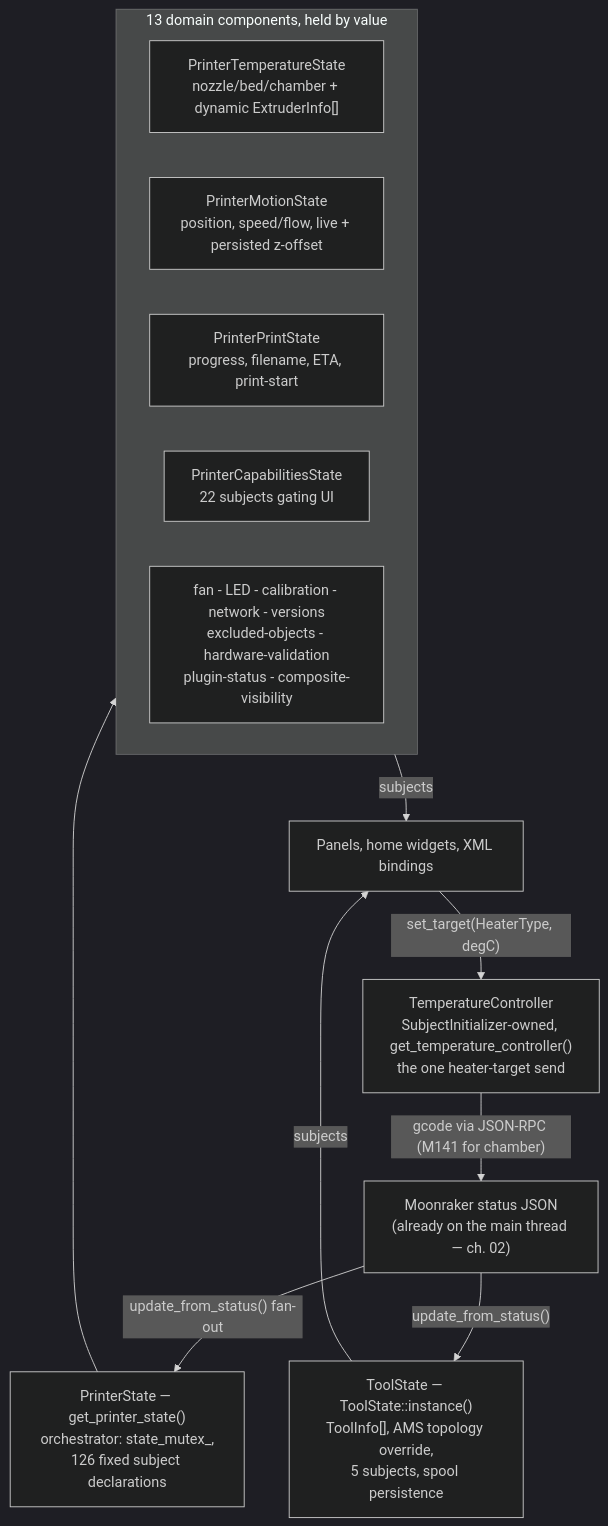
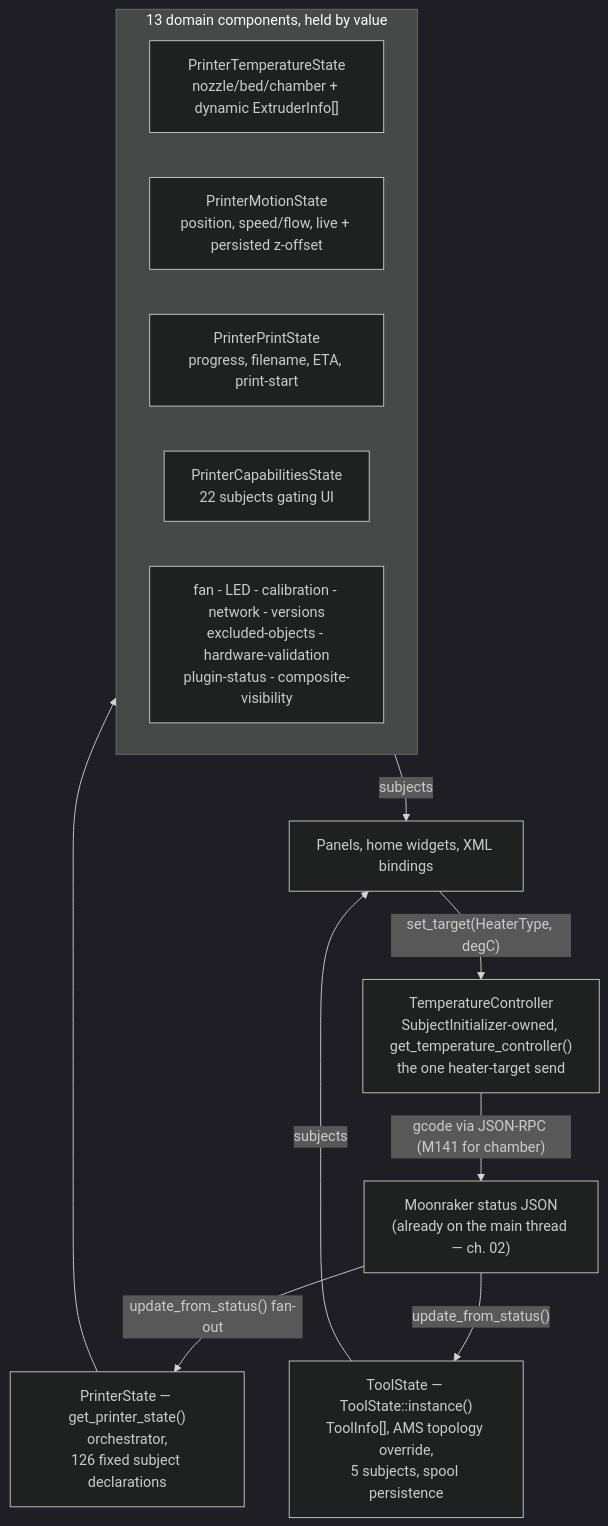
The diagram in docs/devel/architecture/05-printer-state.md (bluekiller/helixscreen), drawn with Mermaid (dark theme) before and after one commit. The commit also changed 8 other files, not shown here.

First line of the commit message:
fix(printer): drop state_mutex_ from the status fan-out

````diff
--- a/docs/devel/architecture/05-printer-state.md
+++ b/docs/devel/architecture/05-printer-state.md
@@ -7,26 +7,26 @@
 ```mermaid
 flowchart TB
     MR["Moonraker status JSON<br/>(already on the main thread — ch. 02)"]
     UI["Panels, home widgets, XML bindings"]
 
-    PS["PrinterState — get_printer_state()<br/>orchestrator: state_mutex_,<br/>126 fixed subject declarations"]
+    PS["PrinterState — get_printer_state()<br/>orchestrator,<br/>126 fixed subject declarations"]
 
     subgraph DOM["13 domain components, held by value"]
         D1["PrinterTemperatureState<br/>nozzle/bed/chamber + dynamic ExtruderInfo[]"]
         D2["PrinterMotionState<br/>position, speed/flow, live + persisted z-offset"]
         D3["PrinterPrintState<br/>progress, filename, ETA, print-start"]
         D4["PrinterCapabilitiesState<br/>22 subjects gating UI"]
         D5["fan - LED - calibration - network - versions<br/>excluded-objects - hardware-validation<br/>plugin-status - composite-visibility"]
     end
 
     TS["ToolState — ToolState::instance()<br/>ToolInfo[], AMS topology override,<br/>5 subjects, spool persistence"]
     TC["TemperatureController<br/>SubjectInitializer-owned, get_temperature_controller()<br/>the one heater-target send"]
 
     MR -->|"update_from_status() fan-out"| PS
     PS --> DOM
     MR -->|"update_from_status()"| TS
     DOM -->|"subjects"| UI
     TS -->|"subjects"| UI
     UI -->|"set_target(HeaterType, degC)"| TC
     TC -->|"gcode via JSON-RPC (M141 for chamber)"| MR
 ```
````
